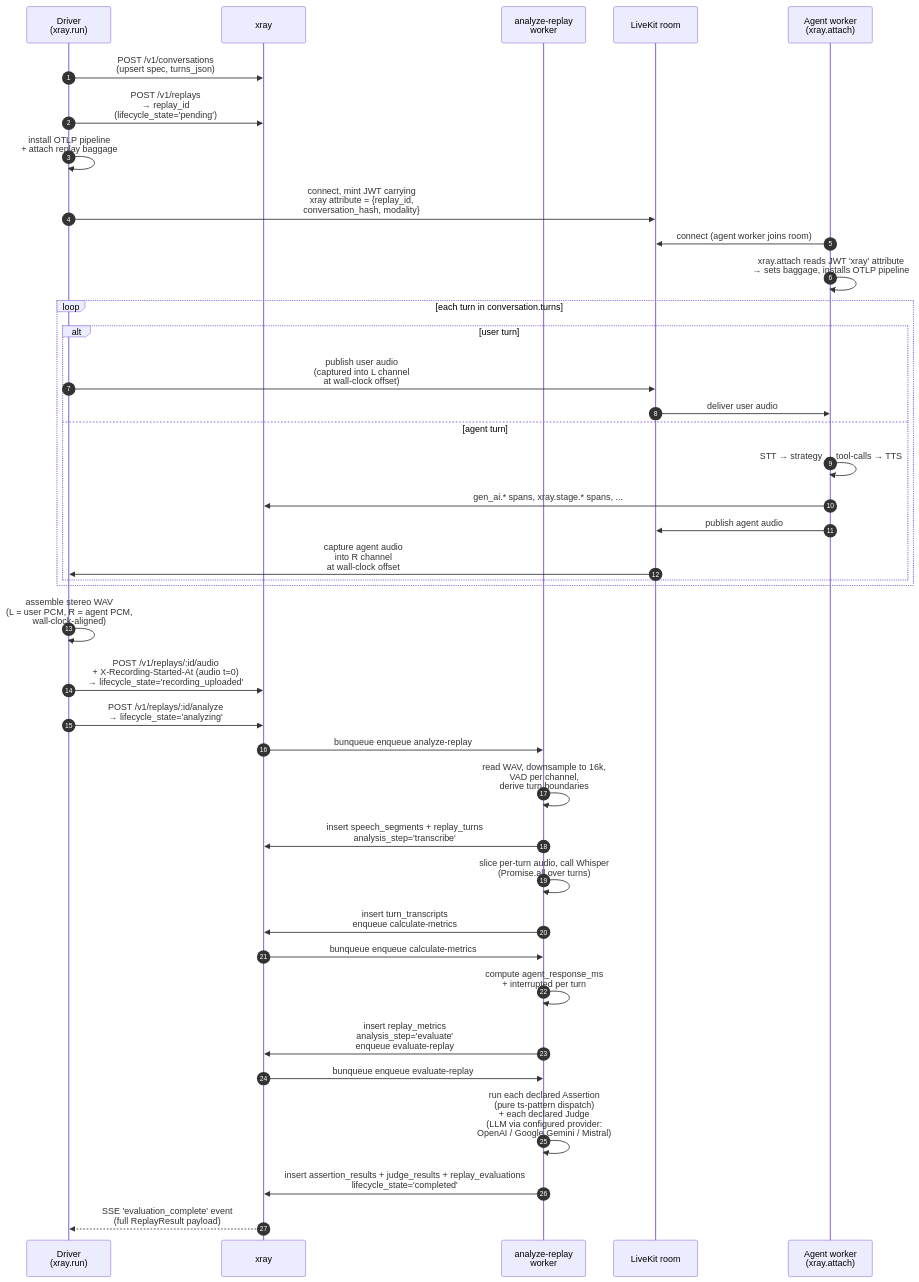
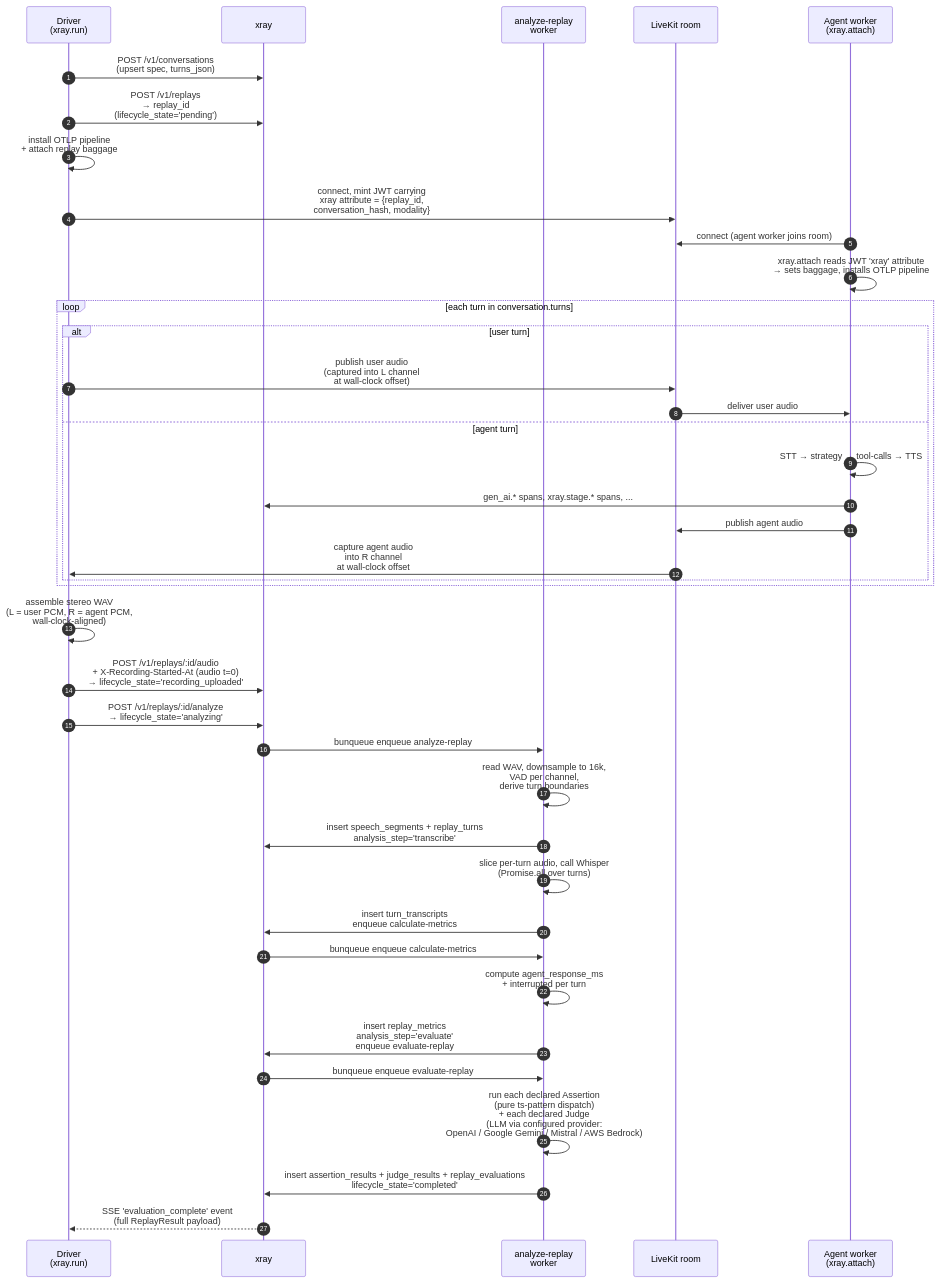
One commit to xray-eval/xray changed the third of 5 diagrams in docs/architecture.md. Above: the diagram before and after it, drawn with Mermaid. The commit also changed 26 other files, not shown here.

First line of the commit message:
feat(server): Bedrock judge (bearer + SigV4), Deepgram STT/TTS, catalog-aware Mistral voices, VAD-level audio fix (#107)

````diff
--- a/docs/architecture.md
+++ b/docs/architecture.md
@@ -284,44 +284,44 @@
 ```mermaid
 sequenceDiagram
     autonumber
     participant D as Driver<br/>(xray.run)
     participant X as xray
     participant W as analyze-replay<br/>worker
     participant LK as LiveKit room
     participant A as Agent worker<br/>(xray.attach)
 
     D->>X: POST /v1/conversations<br/>(upsert spec, turns_json)
     D->>X: POST /v1/replays<br/>→ replay_id<br/>(lifecycle_state='pending')
     D->>D: install OTLP pipeline<br/>+ attach replay baggage
     D->>LK: connect, mint JWT carrying<br/>xray attribute = {replay_id,<br/>conversation_hash, modality}
     A->>LK: connect (agent worker joins room)
     A->>A: xray.attach reads JWT 'xray' attribute<br/>→ sets baggage, installs OTLP pipeline
 
     loop each turn in conversation.turns
       alt user turn
         D->>LK: publish user audio<br/>(captured into L channel<br/>at wall-clock offset)
         LK->>A: deliver user audio
       else agent turn
         A->>A: STT → strategy → tool-calls → TTS
         A->>X: gen_ai.* spans, xray.stage.* spans, ...
         A->>LK: publish agent audio
         LK->>D: capture agent audio<br/>into R channel<br/>at wall-clock offset
       end
     end
 
     D->>D: assemble stereo WAV<br/>(L = user PCM, R = agent PCM,<br/>wall-clock-aligned)
     D->>X: POST /v1/replays/:id/audio<br/>+ X-Recording-Started-At (audio t=0)<br/>→ lifecycle_state='recording_uploaded'
     D->>X: POST /v1/replays/:id/analyze<br/>→ lifecycle_state='analyzing'
     X->>W: bunqueue enqueue analyze-replay
     W->>W: read WAV, downsample to 16k,<br/>VAD per channel,<br/>derive turn boundaries
     W->>X: insert speech_segments + replay_turns<br/>analysis_step='transcribe'
     W->>W: slice per-turn audio, call Whisper<br/>(Promise.all over turns)
     W->>X: insert turn_transcripts<br/>enqueue calculate-metrics
     X->>W: bunqueue enqueue calculate-metrics
     W->>W: compute agent_response_ms<br/>+ interrupted per turn
     W->>X: insert replay_metrics<br/>analysis_step='evaluate'<br/>enqueue evaluate-replay
     X->>W: bunqueue enqueue evaluate-replay
-    W->>W: run each declared Assertion<br/>(pure ts-pattern dispatch)<br/>+ each declared Judge<br/>(LLM via configured provider:<br/>OpenAI / Google Gemini / Mistral)
+    W->>W: run each declared Assertion<br/>(pure ts-pattern dispatch)<br/>+ each declared Judge<br/>(LLM via configured provider:<br/>OpenAI / Google Gemini / Mistral / AWS Bedrock)
     W->>X: insert assertion_results + judge_results + replay_evaluations<br/>lifecycle_state='completed'
     X-->>D: SSE 'evaluation_complete' event<br/>(full ReplayResult payload)
 ```
````
